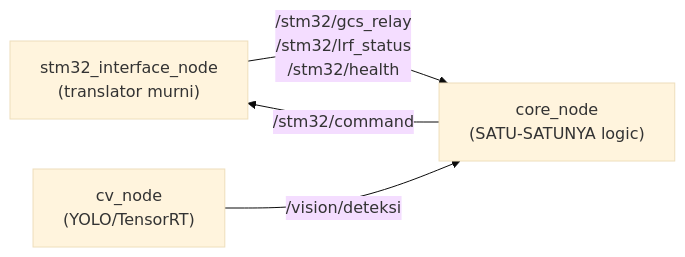
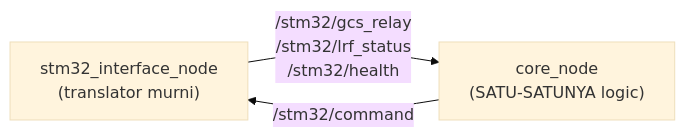
One commit to mfauzansyarif/ugv-robot changed the third of 3 diagrams in README.md. Above: the diagram before and after it, drawn with Mermaid (base theme). The commit also changed other lines of this file and 2731 other files, not shown here.

````diff
--- a/README.md
+++ b/README.md
@@ -247,6 +238,5 @@
 ```mermaid
 flowchart LR
     STM32I["stm32_interface_node<br/>(translator murni)"] -- "/stm32/gcs_relay<br/>/stm32/lrf_status<br/>/stm32/health" --> Core
-    CVNode["cv_node<br/>(YOLO/TensorRT)"] -- "/vision/deteksi" --> Core
     Core["core_node<br/>(SATU-SATUNYA logic)"] -- "/stm32/command" --> STM32I
 ```
````
